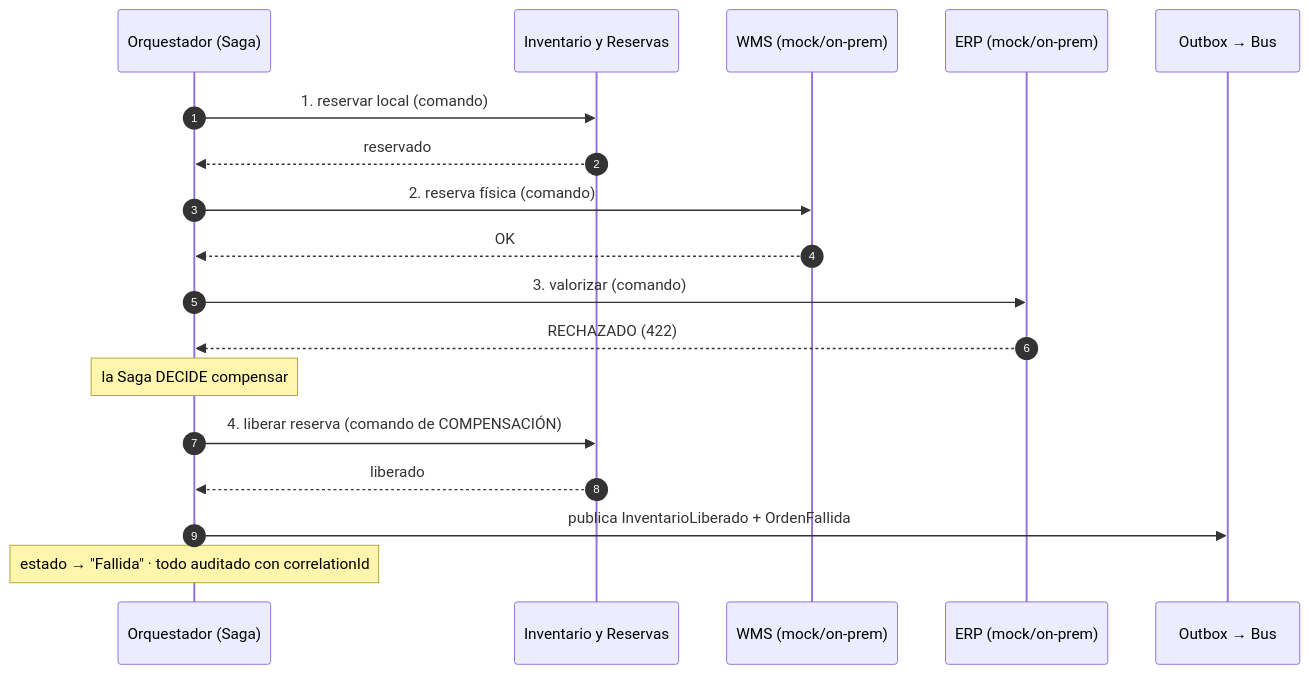
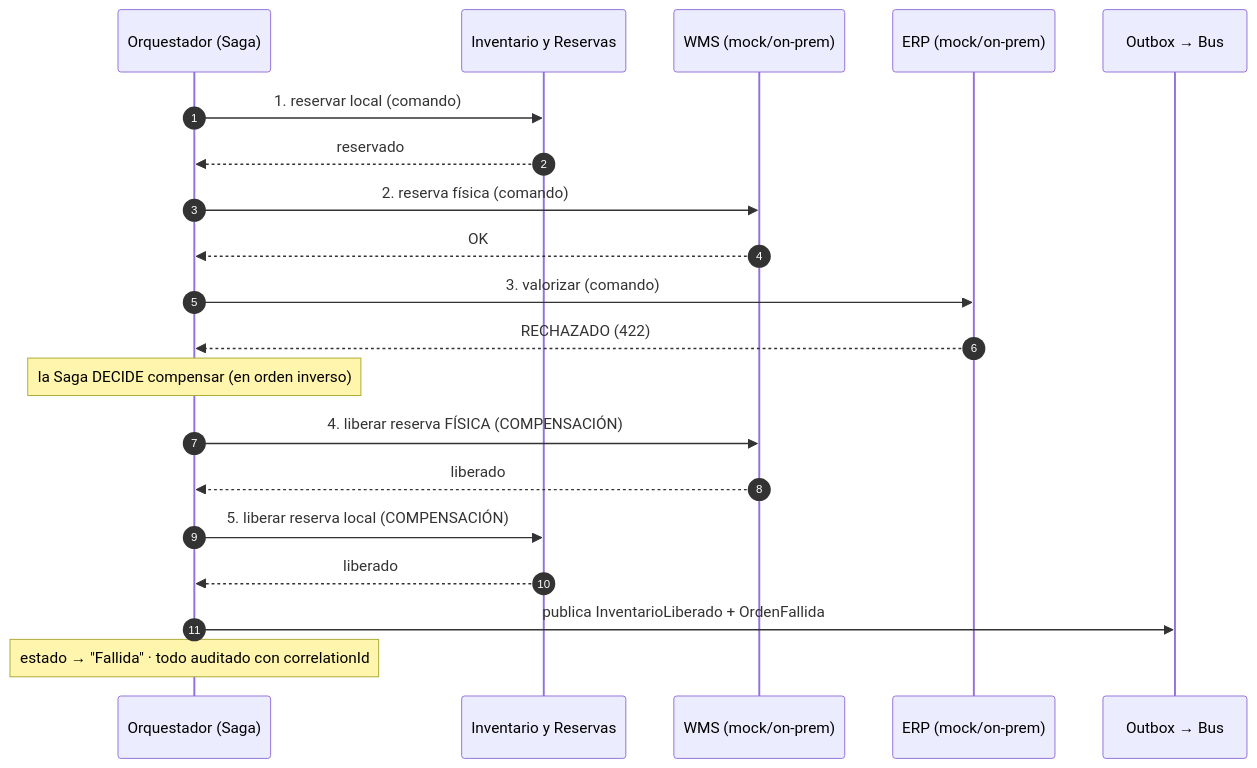
The second of 2 diagrams in arquitectura/diseno_solucion/diagramas_secuencia/02_saga_A_orquestada.md (jbreategui/ruta-express), drawn with Mermaid before and after one commit. The commit also changed other lines of this file and 30 other files, not shown here.

Commit message:
Corregir coherencia de punta a punta (revision adversarial): compensacion WMS en diagramas, PNGs alineados con Mermaid, 409 de idempotencia, costos/alcance unificados, notas de seguridad honestas y ajustes menores

````diff
--- a/arquitectura/diseno_solucion/diagramas_secuencia/02_saga_A_orquestada.md
+++ b/arquitectura/diseno_solucion/diagramas_secuencia/02_saga_A_orquestada.md
@@ -27,21 +27,23 @@
 ```mermaid
 sequenceDiagram
     autonumber
     participant SAGA as Orquestador (Saga)
     participant INV as Inventario y Reservas
     participant WMS as WMS (mock/on-prem)
     participant ERP as ERP (mock/on-prem)
     participant OUT as Outbox → Bus
 
     SAGA->>INV: 1. reservar local (comando)
     INV-->>SAGA: reservado
     SAGA->>WMS: 2. reserva física (comando)
     WMS-->>SAGA: OK
     SAGA->>ERP: 3. valorizar (comando)
     ERP-->>SAGA: RECHAZADO (422)
-    Note over SAGA: la Saga DECIDE compensar
-    SAGA->>INV: 4. liberar reserva (comando de COMPENSACIÓN)
+    Note over SAGA: la Saga DECIDE compensar (en orden inverso)
+    SAGA->>WMS: 4. liberar reserva FÍSICA (COMPENSACIÓN)
+    WMS-->>SAGA: liberado
+    SAGA->>INV: 5. liberar reserva local (COMPENSACIÓN)
     INV-->>SAGA: liberado
     SAGA->>OUT: publica InventarioLiberado + OrdenFallida
     Note over SAGA: estado → "Fallida" · todo auditado con correlationId
 ```
````
